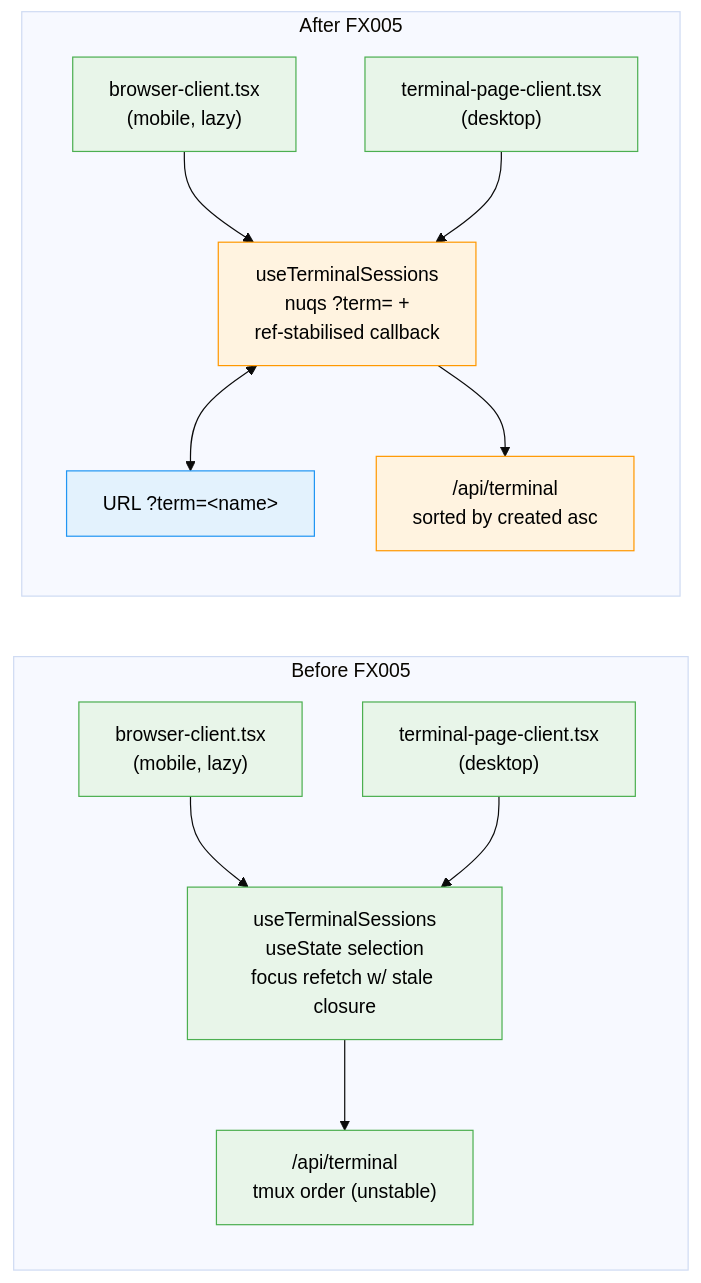
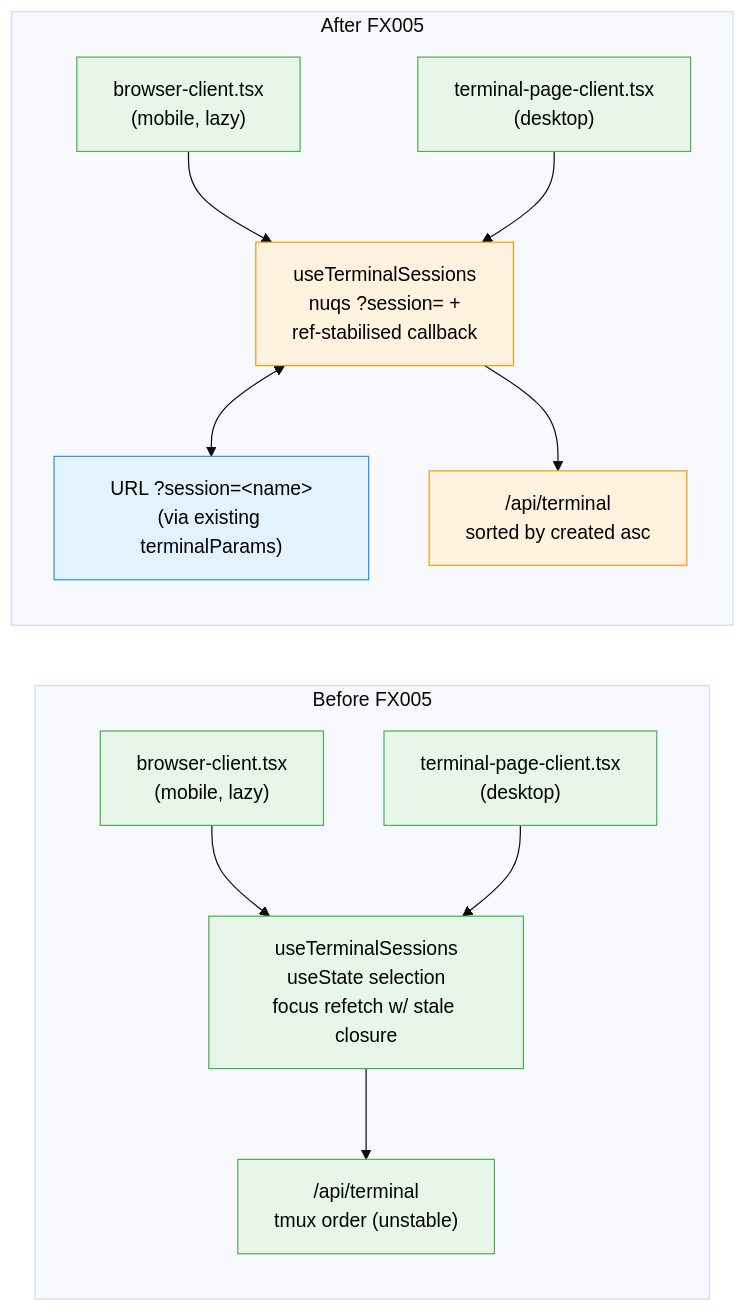
The second of 2 diagrams in docs/plans/084-random-enhancements-3/fixes/FX005-mobile-terminal-session-selection.fltplan.md (AI-Substrate/chainglass), drawn with Mermaid (base theme) before and after one commit. The commit also changed other lines of this file and 6 other files, not shown here.

````diff
--- a/docs/plans/084-random-enhancements-3/fixes/FX005-mobile-terminal-session-selection.fltplan.md
+++ b/docs/plans/084-random-enhancements-3/fixes/FX005-mobile-terminal-session-selection.fltplan.md
@@ -59,28 +59,28 @@
 ```mermaid
 flowchart LR
     classDef existing fill:#E8F5E9,stroke:#4CAF50,color:#000
     classDef changed fill:#FFF3E0,stroke:#FF9800,color:#000
     classDef new fill:#E3F2FD,stroke:#2196F3,color:#000
 
     subgraph Before["Before FX005"]
         BC["browser-client.tsx<br/>(mobile, lazy)"]:::existing
         TPC["terminal-page-client.tsx<br/>(desktop)"]:::existing
         H1["useTerminalSessions<br/>useState selection<br/>focus refetch w/ stale closure"]:::existing
         API1["/api/terminal<br/>tmux order (unstable)"]:::existing
         BC --> H1
         TPC --> H1
         H1 --> API1
     end
 
     subgraph After["After FX005"]
         BC2["browser-client.tsx<br/>(mobile, lazy)"]:::existing
         TPC2["terminal-page-client.tsx<br/>(desktop)"]:::existing
-        H2["useTerminalSessions<br/>nuqs ?term= +<br/>ref-stabilised callback"]:::changed
-        URL["URL ?term=&lt;name&gt;"]:::new
+        H2["useTerminalSessions<br/>nuqs ?session= +<br/>ref-stabilised callback"]:::changed
+        URL["URL ?session=&lt;name&gt;<br/>(via existing terminalParams)"]:::new
         API2["/api/terminal<br/>sorted by created asc"]:::changed
         BC2 --> H2
         TPC2 --> H2
         H2 <--> URL
         H2 --> API2
     end
 ```
````
